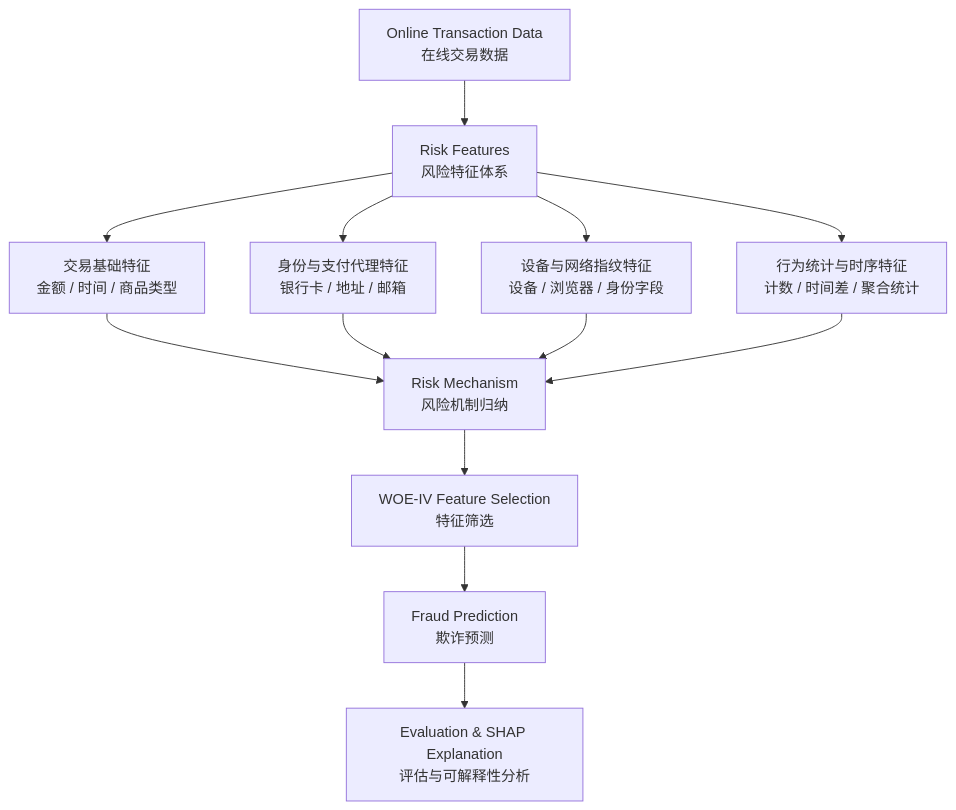
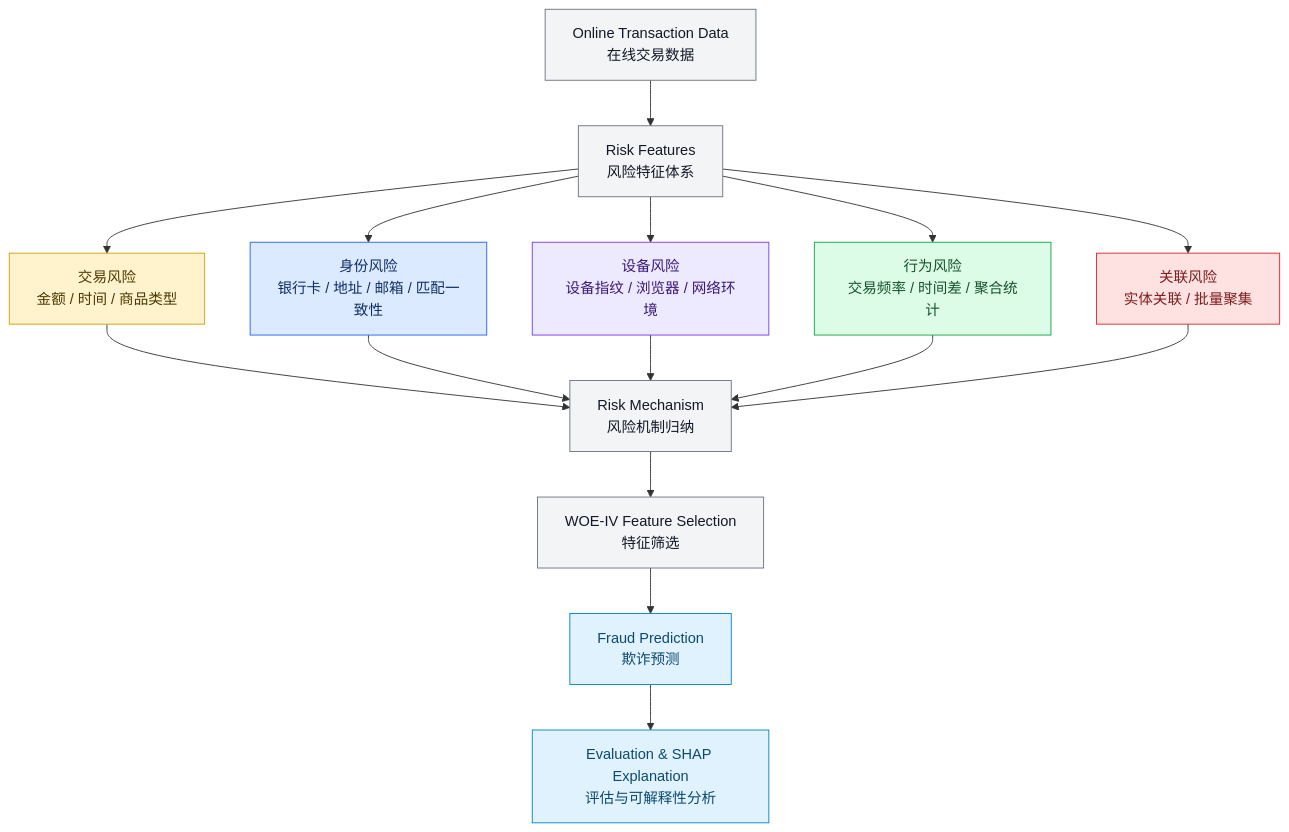
Before and after one commit to Zhanglm111/ieee-fraud-project: the first of 2 diagrams in README.md, drawn with Mermaid. The commit also changed other lines of this file and 14 other files, not shown here.

````diff
--- a/README.md
+++ b/README.md
@@ -20,18 +30,36 @@
 ```mermaid
 flowchart TD
-    A[Online Transaction Data<br/>在线交易数据] --> B[Risk Features<br/>风险特征体系]
+    A["Online Transaction Data<br/>在线交易数据"] --> B["Risk Features<br/>风险特征体系"]
 
-    B --> C1[交易基础特征<br/>金额 / 时间 / 商品类型]
-    B --> C2[身份与支付代理特征<br/>银行卡 / 地址 / 邮箱]
-    B --> C3[设备与网络指纹特征<br/>设备 / 浏览器 / 身份字段]
-    B --> C4[行为统计与时序特征<br/>计数 / 时间差 / 聚合统计]
+    B --> C1["交易风险<br/>金额 / 时间 / 商品类型"]
+    B --> C2["身份风险<br/>银行卡 / 地址 / 邮箱 / 匹配一致性"]
+    B --> C3["设备风险<br/>设备指纹 / 浏览器 / 网络环境"]
+    B --> C4["行为风险<br/>交易频率 / 时间差 / 聚合统计"]
+    B --> C5["关联风险<br/>实体关联 / 批量聚集"]
 
-    C1 --> D[Risk Mechanism<br/>风险机制归纳]
+    C1 --> D["Risk Mechanism<br/>风险机制归纳"]
     C2 --> D
     C3 --> D
     C4 --> D
+    C5 --> D
 
-    D --> E[WOE-IV Feature Selection<br/>特征筛选]
-    E --> F[Fraud Prediction<br/>欺诈预测]
-    F --> G[Evaluation & SHAP Explanation<br/>评估与可解释性分析]
+    D --> E["WOE-IV Feature Selection<br/>特征筛选"]
+    E --> F["Fraud Prediction<br/>欺诈预测"]
+    F --> G["Evaluation & SHAP Explanation<br/>评估与可解释性分析"]
+
+    classDef transaction fill:#fff3cd,stroke:#d39e00,color:#4d3900;
+    classDef identity fill:#dbeafe,stroke:#2563eb,color:#0f2f66;
+    classDef device fill:#ede9fe,stroke:#7c3aed,color:#3b1a78;
+    classDef behavior fill:#dcfce7,stroke:#16a34a,color:#14532d;
+    classDef relation fill:#fee2e2,stroke:#dc2626,color:#7f1d1d;
+    classDef neutral fill:#f3f4f6,stroke:#6b7280,color:#111827;
+    classDef output fill:#e0f2fe,stroke:#0284c7,color:#0c4a6e;
+
+    class C1 transaction;
+    class C2 identity;
+    class C3 device;
+    class C4 behavior;
+    class C5 relation;
+    class A,B,D,E neutral;
+    class F,G output;
 ```
````
